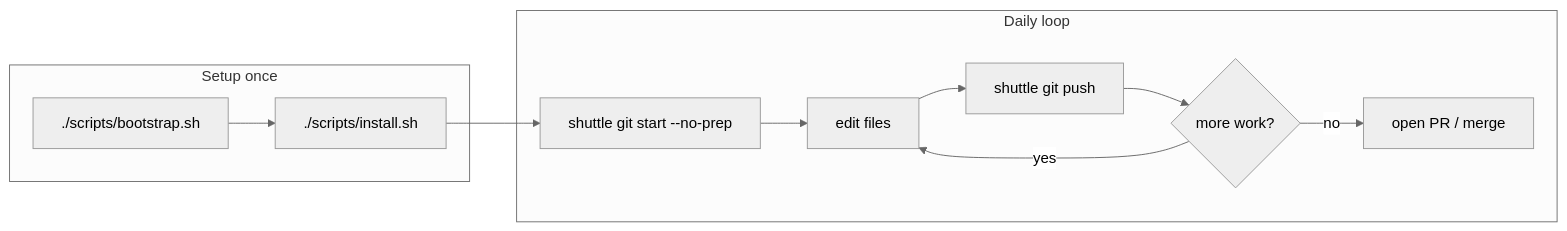
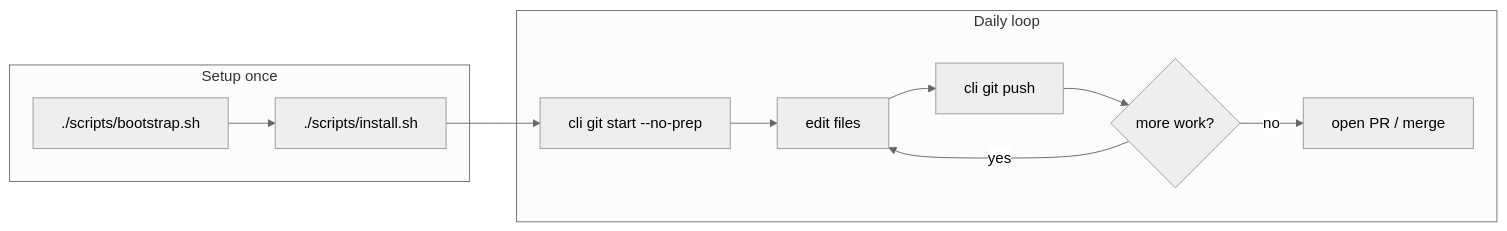
One commit to gardusig/cli changed the second of 7 diagrams in docs/workflows.md. Above: the diagram before and after it, drawn with Mermaid (neutral theme). The commit also changed other lines of this file and 289 other files, not shown here.

First line of the commit message:
Rename shuttle to cli across package, docs, scripts, and tests.

````diff
--- a/docs/workflows.md
+++ b/docs/workflows.md
@@ -70,21 +70,21 @@
 ```mermaid
 flowchart LR
     subgraph setup [Setup once]
         A["./scripts/bootstrap.sh"]
         B["./scripts/install.sh"]
         A --> B
     end
 
     subgraph daily [Daily loop]
-        C["shuttle git start --no-prep"]
+        C["cli git start --no-prep"]
         D["edit files"]
-        E["shuttle git push"]
+        E["cli git push"]
         F{"more work?"}
         G["open PR / merge"]
         C --> D --> E --> F
         F -->|yes| D
         F -->|no| G
     end
 
     B --> C
 ```
````
